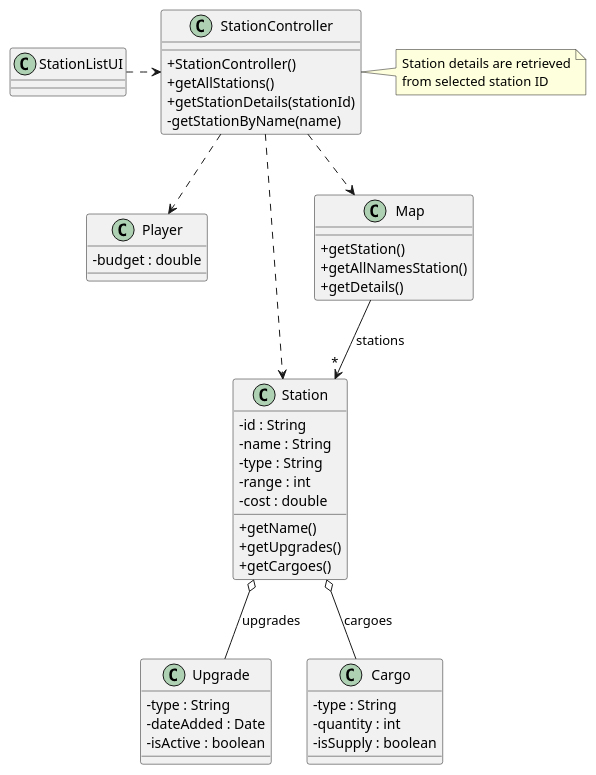
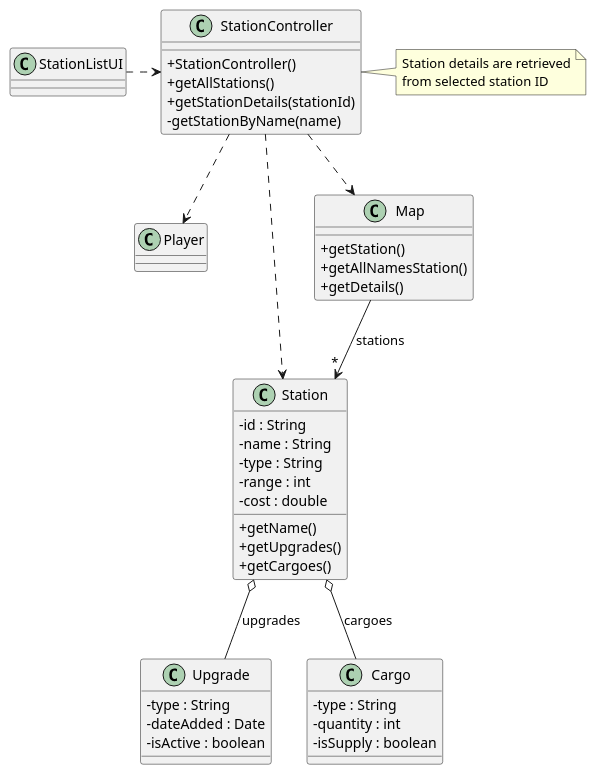
Before and after one commit to 1240826/empire-on-tracks: the diagram in docs/system-documentation/US007/03.design/puml/US007-CD.puml, drawn with PlantUML. The commit also changed 1 other file, not shown here.

Commit message:
Changes to US007 Class Diagram and Sequence Diagram

```diff
--- a/docs/system-documentation/US007/03.design/puml/US007-CD.puml
+++ b/docs/system-documentation/US007/03.design/puml/US007-CD.puml
@@ -1,80 +1,79 @@
 @startuml
 'skinparam monochrome true
 skinparam packageStyle rectangle
 skinparam shadowing false
 skinparam linetype polyline
 'skinparam linetype orto
 
 skinparam classAttributeIconSize 0
 
 'left to right direction
 
 class Player {
-    - budget : double
 }
 
 class Station {
     - id : String
     - name : String
     - type : String
     - range : int
     - cost : double
 
     + getName()
     + getUpgrades()
     + getCargoes()
 }
 
 class Upgrade {
     - type : String
     - dateAdded : Date
     - isActive : boolean
 }
 
 class Cargo {
     - type : String
     - quantity : int
     - isSupply : boolean
 }
 
 class Map {
     + getStation()
     + getAllNamesStation()
     + getDetails()
 }
 
 
 class StationController {
     + StationController()
     + getAllStations()
     + getStationDetails(stationId)
     - getStationByName(name)
 }
 
 note right of StationController
     Station details are retrieved
     from selected station ID
 end note
 
 
 
 class StationListUI {
 }
 
 ' Relationships
 StationListUI .> StationController
 
 StationController ..> Player
 StationController ..> Station
 StationController ..> Map
 
 
 Map --> "*" Station : stations
 
 
 Station  o--  Upgrade : upgrades
 Station  o--  Cargo : cargoes
 
 
 
 @enduml
```
